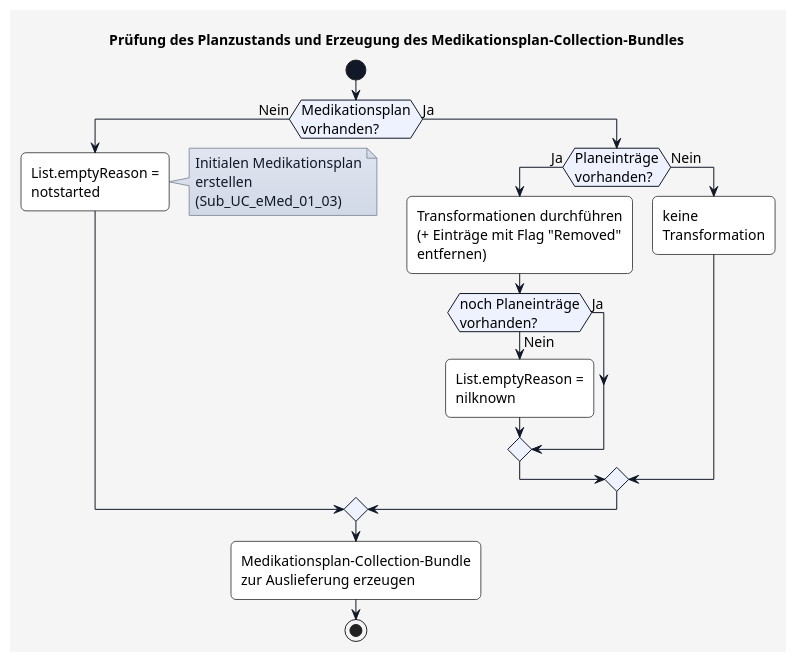
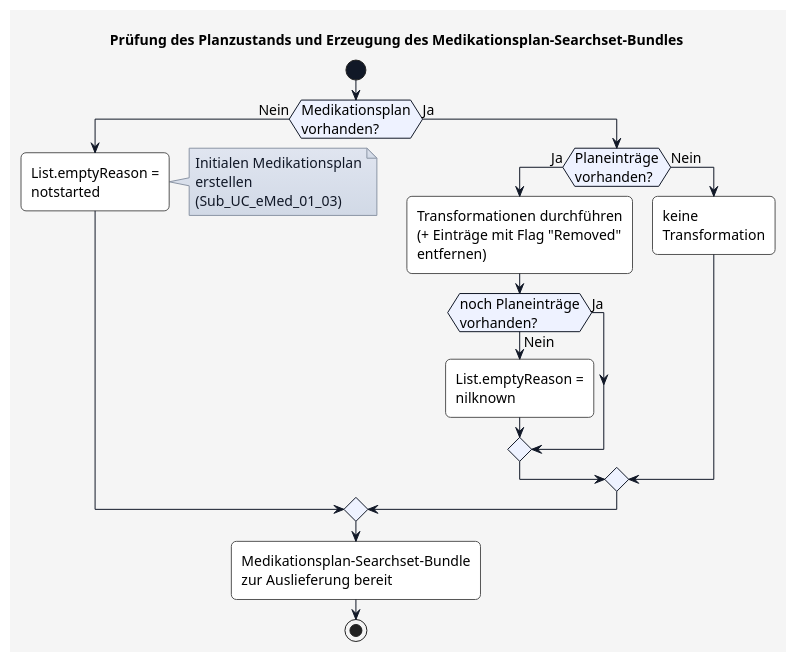
One commit to HL7Austria/ELGA-e-Medikation-R4 changed the diagram in plantuml/UC_eMed_01_01_plancheck.plantuml. Above: the diagram before and after it, drawn with PlantUML. The commit also changed 27 other files, not shown here.

```diff
--- a/plantuml/UC_eMed_01_01_plancheck.plantuml
+++ b/plantuml/UC_eMed_01_01_plancheck.plantuml
@@ -1,79 +1,79 @@
 @startuml
-title Prüfung des Planzustands und Erzeugung des Medikationsplan-Collection-Bundles
+title Prüfung des Planzustands und Erzeugung des Medikationsplan-Searchset-Bundles
 
 skinparam borderColor #000000
 skinparam backgroundColor #f5f5f5
 skinparam shadowing false
 skinparam roundCorner 10
 skinparam defaultFontName "Arial"
 skinparam defaultFontSize 14
 skinparam defaultFontColor #000000
 skinparam HyperlinkColor #0000EE
 skinparam HyperlinkUnderline false
 skinparam BoxPadding 20
 skinparam BoxBorderColor #555555
 
 skinparam note {
   BackgroundColor #e0e5f0-#d1d9e6
   BorderColor #8b95a5
   BorderThickness 1
   RoundCorner 0
   Padding 6
   FontColor #111827
   Shadowing false
 }
 
 skinparam activity {
   BackgroundColor #ffffff
   BorderColor #555555
   BorderThickness 1
   FontColor #000000
   FontSize 14
   DiamondBackgroundColor #eef2ff
   DiamondBorderColor #111827
   DiamondFontColor #000000
   StartColor #111827
   EndColor #111827
   ArrowColor #111827
   ArrowThickness 1
 }
 
 start
 
 if (Medikationsplan\nvorhanden?) then (Nein)
 
   :List.emptyReason =\nnotstarted;
 
   note right
     Initialen Medikationsplan
     erstellen
     (Sub_UC_eMed_01_03)
   end note
 
 else (Ja)
 
   if (Planeinträge\nvorhanden?) then (Ja)
 
     :Transformationen durchführen\n(+ Einträge mit Flag "Removed"\nentfernen);
 
     if (noch Planeinträge\nvorhanden?) then (Ja)
 
     else (Nein)
 
       :List.emptyReason =\nnilknown;
 
     endif
 
   else (Nein)
 
     :keine\nTransformation;
 
   endif
 
 endif
 
-:Medikationsplan-Collection-Bundle\nzur Auslieferung erzeugen;
+:Medikationsplan-Searchset-Bundle\nzur Auslieferung bereit;
 
 stop
 
 @enduml
```
